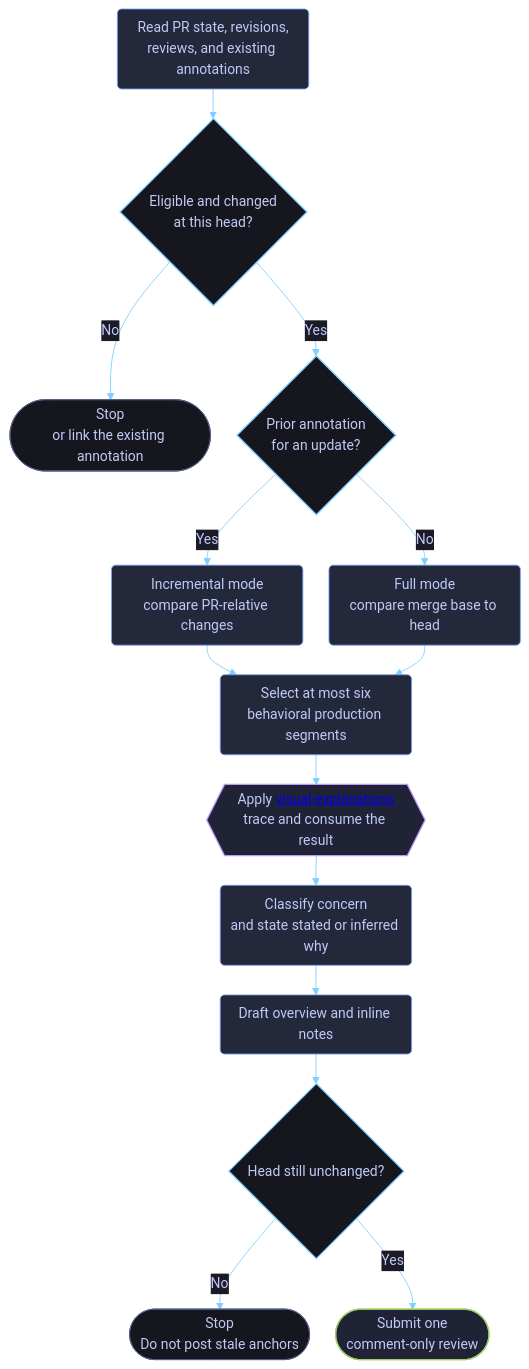
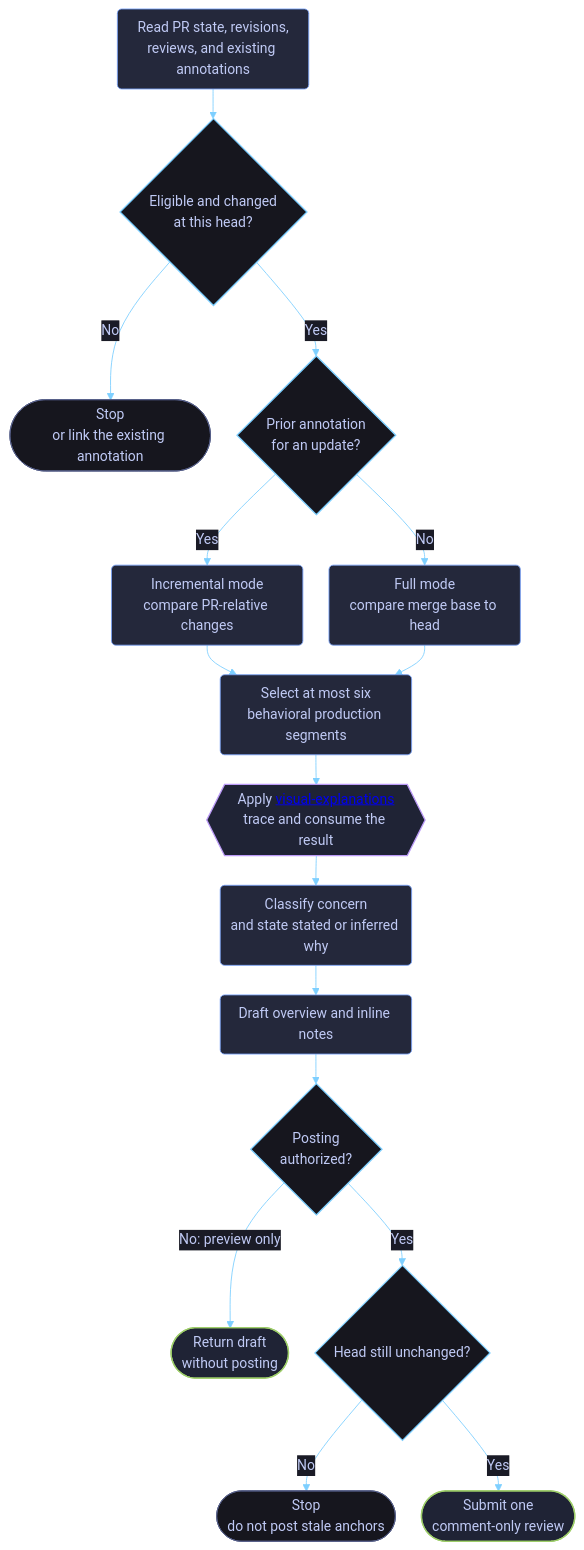
Before and after one commit to dvo-dev/copilot-guidance: the diagram in docs/skill-workflows/pr-annotations.md, drawn with Mermaid. The commit also changed other lines of this file and 11 other files, not shown here.

````diff
--- a/docs/skill-workflows/pr-annotations.md
+++ b/docs/skill-workflows/pr-annotations.md
@@ -20,29 +20,31 @@
 ```mermaid
 %%{init: {"theme":"base","themeVariables":{"background":"#1a1b26","primaryColor":"#24283b","primaryTextColor":"#c0caf5","primaryBorderColor":"#7aa2f7","secondaryColor":"#1f2335","secondaryTextColor":"#c0caf5","secondaryBorderColor":"#bb9af7","tertiaryColor":"#16161e","tertiaryTextColor":"#c0caf5","tertiaryBorderColor":"#7dcfff","lineColor":"#7dcfff","textColor":"#c0caf5","mainBkg":"#24283b","nodeBorder":"#7aa2f7","clusterBkg":"#16161e","clusterBorder":"#565f89","defaultLinkColor":"#7dcfff","edgeLabelBackground":"#1a1b26","titleColor":"#bb9af7","fontFamily":"ui-monospace, SFMono-Regular, Menlo, Monaco, Consolas, Liberation Mono, monospace"},"flowchart":{"curve":"basis","htmlLabels":true,"nodeSpacing":30,"rankSpacing":34,"padding":10}}}%%
 flowchart TD
     A("Read PR state, revisions,<br/>reviews, and existing annotations") --> B{"Eligible and changed<br/>at this head?"}
     B -->|No| C(["Stop<br/>or link the existing annotation"])
     B -->|Yes| D{"Prior annotation<br/>for an update?"}
     D -->|Yes| E("Incremental mode<br/>compare PR-relative changes")
     D -->|No| F("Full mode<br/>compare merge base to head")
     E --> G("Select at most six<br/>behavioral production segments")
     F --> G
     G --> H{{"Apply <a href='https://github.com/dvo-dev/copilot-guidance/blob/main/docs/skill-workflows/visual-explanations.md'>visual-explanations</a><br/>trace and consume the result"}}
     H --> I("Classify concern<br/>and state stated or inferred why")
     I --> J("Draft overview and inline notes")
-    J --> K{"Head still unchanged?"}
-    K -->|No| L(["Stop<br/>Do not post stale anchors"])
-    K -->|Yes| M(["Submit one<br/>comment-only review"])
+    J --> K{"Posting<br/>authorized?"}
+    K -->|No: preview only| L(["Return draft<br/>without posting"])
+    K -->|Yes| M{"Head still unchanged?"}
+    M -->|No| N(["Stop<br/>do not post stale anchors"])
+    M -->|Yes| O(["Submit one<br/>comment-only review"])
 
     classDef stage fill:#24283b,stroke:#7aa2f7,stroke-width:1px,color:#c0caf5;
     classDef delegated fill:#1f2335,stroke:#bb9af7,stroke-width:1.5px,color:#c0caf5;
     classDef outcome fill:#1f2335,stroke:#9ece6a,stroke-width:1.5px,color:#c0caf5;
     classDef terminal fill:#16161e,stroke:#565f89,stroke-width:1px,color:#c0caf5;
     classDef decision fill:#16161e,stroke:#7dcfff,stroke-width:1.5px,color:#c0caf5;
     class A,E,F,G,I,J stage;
     class H delegated;
-    class M outcome;
-    class C,L terminal;
-    class B,D,K decision;
+    class L,O outcome;
+    class C,N terminal;
+    class B,D,K,M decision;
 
 ```
````
